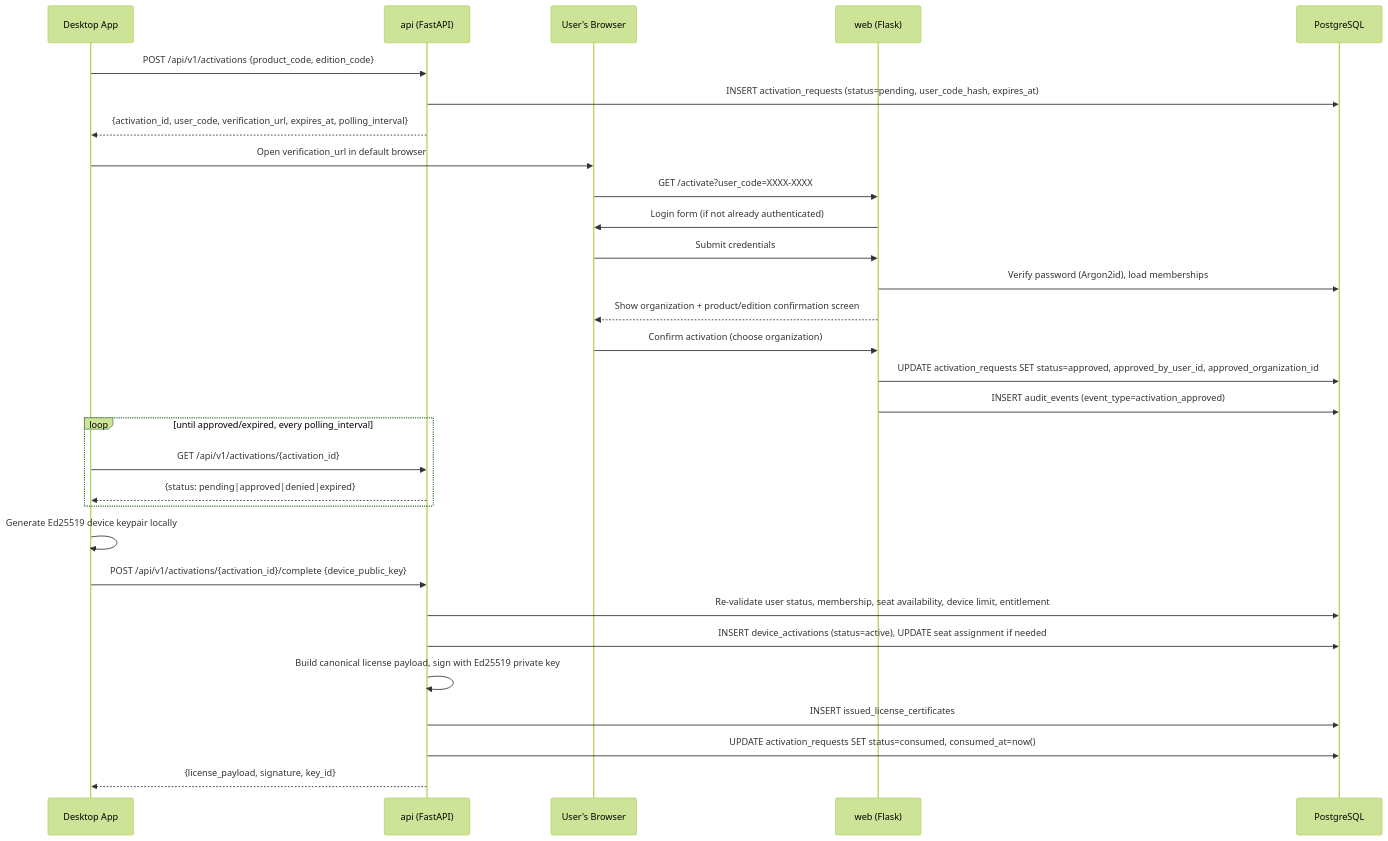
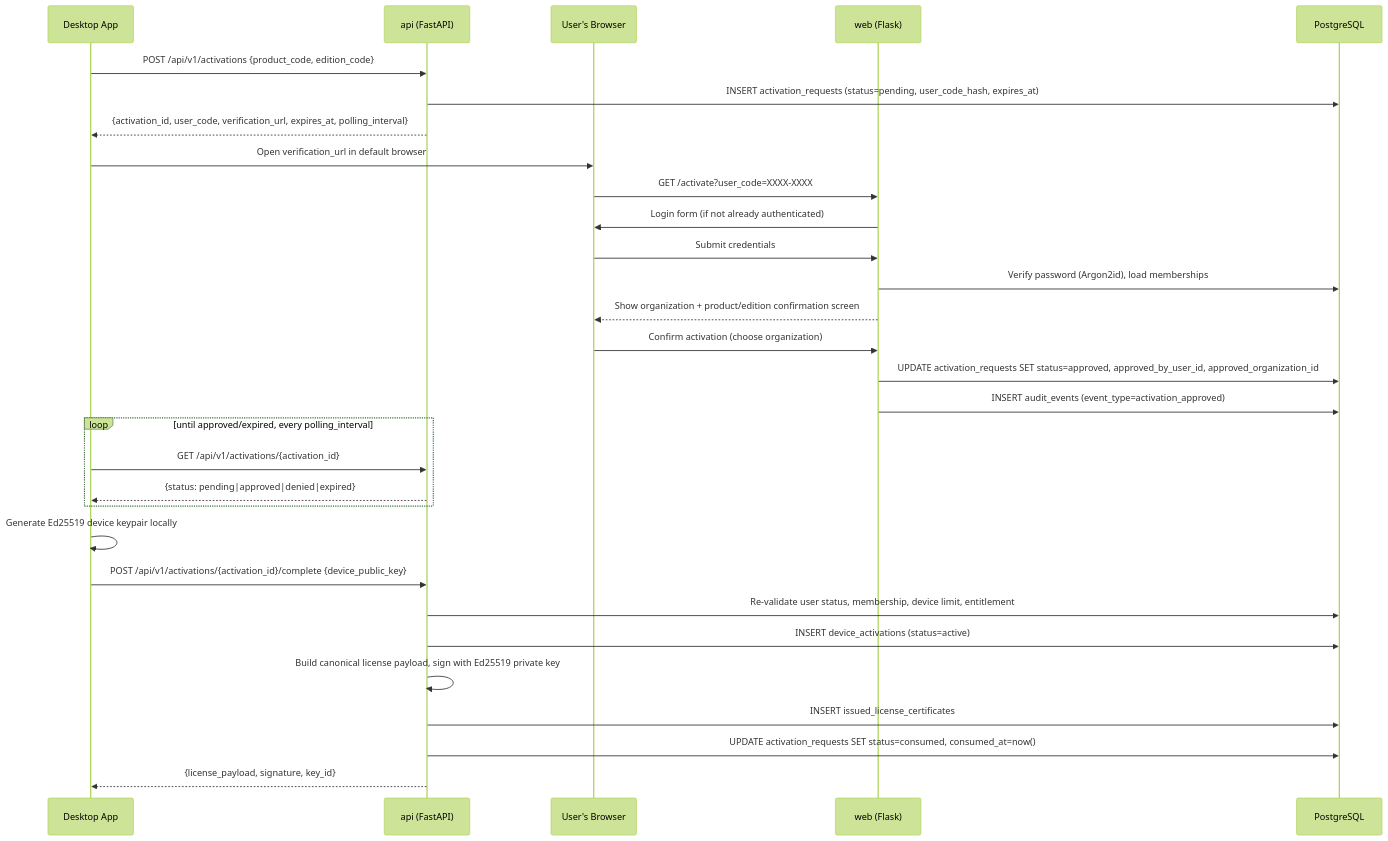
One commit to MiguelQr/deepvac-hub changed the diagram in docs/sequences.md. Above: the diagram before and after it, drawn with Mermaid (forest theme). The commit also changed 34 other files, not shown here.

````diff
--- a/docs/sequences.md
+++ b/docs/sequences.md
@@ -5,33 +5,33 @@
 ```mermaid
 sequenceDiagram
     participant D as Desktop App
     participant A as api (FastAPI)
     participant U as User's Browser
     participant W as web (Flask)
     participant DB as PostgreSQL
 
     D->>A: POST /api/v1/activations {product_code, edition_code}
     A->>DB: INSERT activation_requests (status=pending, user_code_hash, expires_at)
     A-->>D: {activation_id, user_code, verification_url, expires_at, polling_interval}
     D->>U: Open verification_url in default browser
     U->>W: GET /activate?user_code=XXXX-XXXX
     W->>U: Login form (if not already authenticated)
     U->>W: Submit credentials
     W->>DB: Verify password (Argon2id), load memberships
     W-->>U: Show organization + product/edition confirmation screen
     U->>W: Confirm activation (choose organization)
     W->>DB: UPDATE activation_requests SET status=approved, approved_by_user_id, approved_organization_id
     W->>DB: INSERT audit_events (event_type=activation_approved)
     loop until approved/expired, every polling_interval
         D->>A: GET /api/v1/activations/{activation_id}
         A-->>D: {status: pending|approved|denied|expired}
     end
     D->>D: Generate Ed25519 device keypair locally
     D->>A: POST /api/v1/activations/{activation_id}/complete {device_public_key}
-    A->>DB: Re-validate user status, membership, seat availability, device limit, entitlement
-    A->>DB: INSERT device_activations (status=active), UPDATE seat assignment if needed
+    A->>DB: Re-validate user status, membership, device limit, entitlement
+    A->>DB: INSERT device_activations (status=active)
     A->>A: Build canonical license payload, sign with Ed25519 private key
     A->>DB: INSERT issued_license_certificates
     A->>DB: UPDATE activation_requests SET status=consumed, consumed_at=now()
     A-->>D: {license_payload, signature, key_id}
 ```
````
